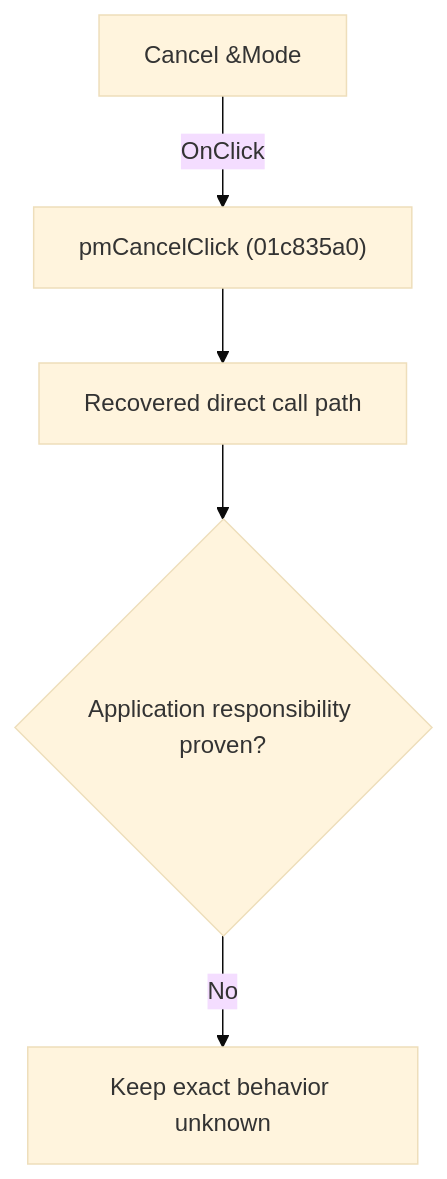
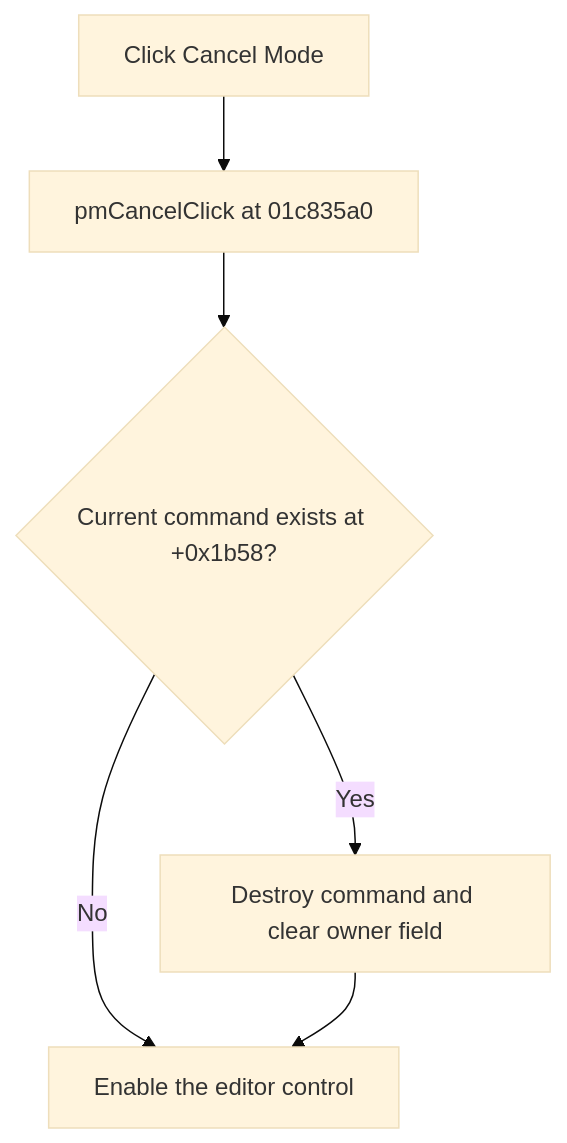
Before and after one commit to MovGP0/TIARA: the diagram in docs/ui-controls/schematiceditor/pmcancel-242daec6c0.md, drawn with Mermaid (base theme). The commit also changed other lines of this file and 241 other files, not shown here.

````diff
--- a/docs/ui-controls/schematiceditor/pmcancel-242daec6c0.md
+++ b/docs/ui-controls/schematiceditor/pmcancel-242daec6c0.md
@@ -27,7 +25,8 @@
 ```mermaid
 flowchart TD
-    control["Cancel &Mode"] -->|"OnClick"| handler["pmCancelClick (01c835a0)"]
-    handler --> recovered["Recovered direct call path"]
-    recovered --> gap{"Application responsibility proven?"}
-    gap -->|"No"| blocked["Keep exact behavior unknown"]
+    control["Click Cancel Mode"] --> handler["pmCancelClick at 01c835a0"]
+    handler --> active{"Current command exists at +0x1b58?"}
+    active -->|"Yes"| destroy["Destroy command and clear owner field"]
+    active -->|"No"| enable["Enable the editor control"]
+    destroy --> enable
 ```
````
